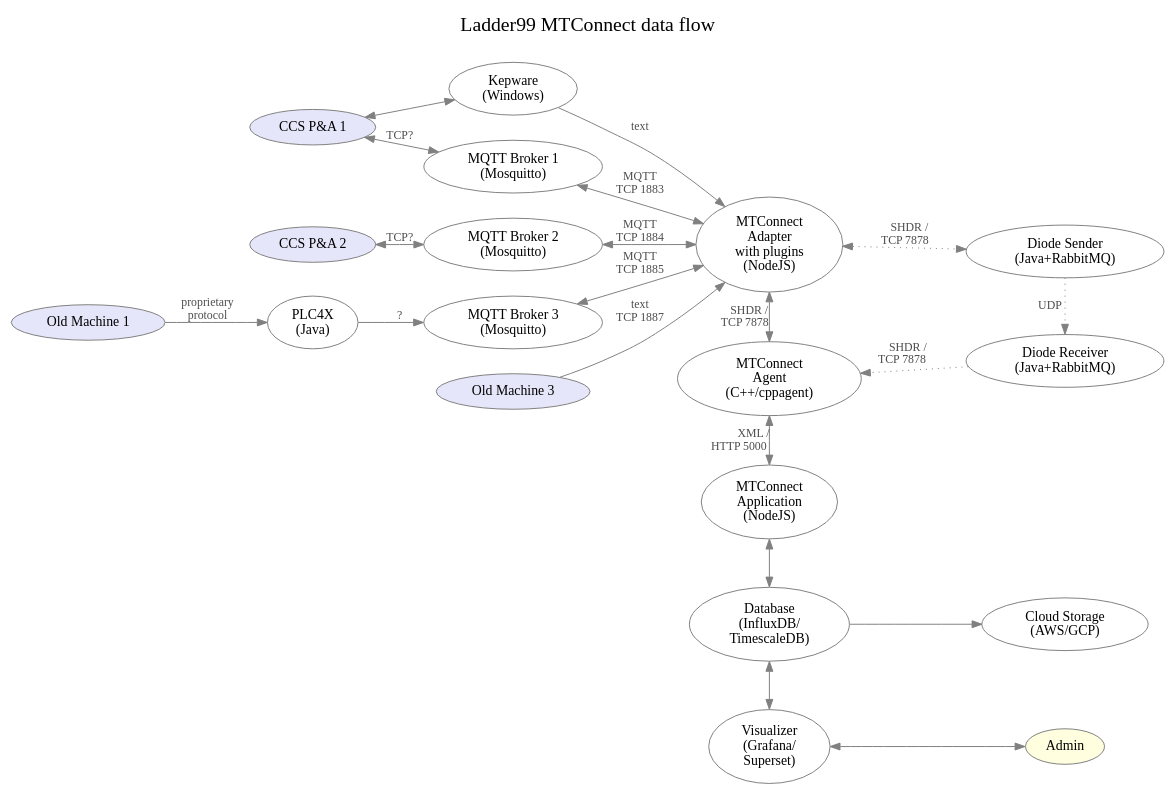
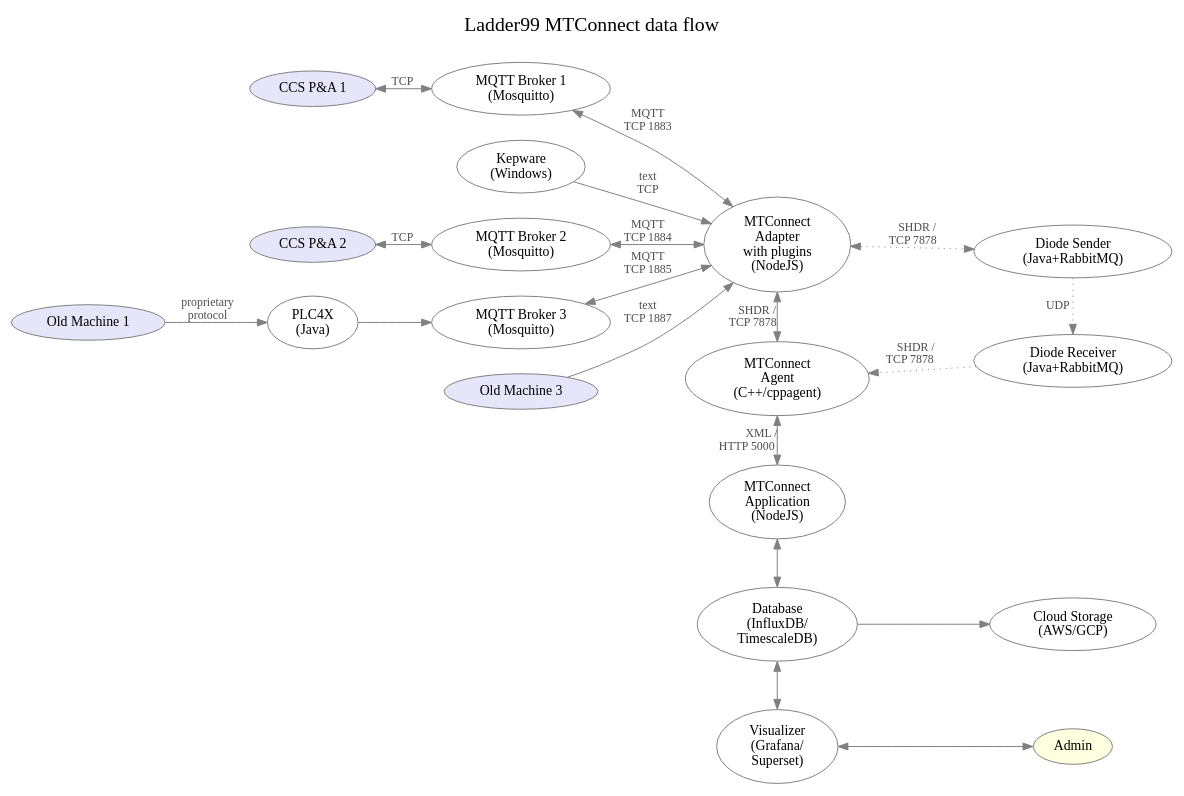
One commit to Ladder99/ladder99 changed the diagram in design/architecture.dot. Above: the diagram before and after it, drawn with Graphviz. The commit also changed 1 other file, not shown here.

```diff
--- a/design/architecture.dot
+++ b/design/architecture.dot
@@ -1,90 +1,90 @@
 digraph "ladder99-adapter" {
 
   // styles
   graph [ label="Ladder99 MTConnect data flow\n "; color=lightgray; ];
   graph [ fontsize=20 ];
   graph [ labelloc=t ];
   graph [ ranksep=0.2 ];
   graph [ nodesep=0.35 ];
   graph [ rankdir=LR; ] // left-to-right
   node [ color=gray; fillcolor=white; style=filled ];
   edge [ color=gray ];
   edge [ fontsize=12; fontcolor=gray30; ];
 
   // nodes
   PA1 [ fillcolor=lavender; label="CCS P&A 1" ];
   PA2 [ fillcolor=lavender; label="CCS P&A 2" ];
   OldMachine [ fillcolor=lavender; label="Old Machine 1" ];
   PLC4X [ label="PLC4X\n(Java)" ];
   // OldMachine2 [ fillcolor=lavender; label="Old Machine 2" ];
   Kepware [ label="Kepware\n(Windows)"];
   Broker1 [ label="MQTT Broker 1\n(Mosquitto)" ];
   Broker2 [ label="MQTT Broker 2\n(Mosquitto)" ];
   Broker3 [ label="MQTT Broker 3\n(Mosquitto)" ];
   // Broker4 [ label="MQTT Broker 4\n(Mosquitto)" ];
   OldMachine3 [ fillcolor=lavender; label="Old Machine 3" ];
   Adapter [ label="MTConnect\nAdapter\nwith plugins\n(NodeJS)" ];
   // Device1Sheet [ fillcolor=greenyellow; label="device1.sheet" ];
   // Device1Yaml [ fillcolor=greenyellow; label="device1.yaml" ];
   // Device1Js [ label="device1.js" ];
   // Device2Sheet [ fillcolor=greenyellow; label="device2.sheet" ];
   // Device2Yaml [ fillcolor=greenyellow; label="device2.yaml" ];
   // Device2Js [ label="device2.js" ];
   DiodeSender [ label="Diode Sender\n(Java+RabbitMQ)" ];
   DiodeReceiver [ label="Diode Receiver\n(Java+RabbitMQ)" ];
   // DevicesXml [ label="devices.xml" ];
   Agent [ label="MTConnect\nAgent\n(C++/cppagent)" ];
   Application [ label="MTConnect\nApplication\n(NodeJS)" ];
   Database [ label="Database\n(InfluxDB/\nTimescaleDB)" ];
   Visualizer [ label="Visualizer\n(Grafana/\nSuperset)" ];
   Cloud [ label="Cloud Storage\n(AWS/GCP)" ];
   Admin [ fillcolor=lightyellow ];
   // LOI [ label="LOI\n(SvelteJS)" ];
   // Operator [ fillcolor=lightyellow ];
 
   // edges
-  PA1 -> Broker1 [ label="TCP?", dir=both ];
-  PA1 -> Kepware [ label="", dir=both ];
-  PA2 -> Broker2 [ label="TCP?", dir=both ];
+  PA1 -> Broker1 [ label="  TCP  ", dir=both ];
+  // PA1 -> Kepware [ label="", dir=both ];
+  PA2 -> Broker2 [ label="  TCP  ", dir=both ];
   OldMachine -> PLC4X [ label="proprietary\nprotocol" ];
-  PLC4X -> Broker3 [ label="?" ];
+  PLC4X -> Broker3 [ label="" ];
   // OldMachine2 -> Kepware [ label="proprietary\nprotocol" ];
   // Kepware -> Broker4 [ label="TCP" ];
-  Kepware -> Adapter [ label="text" ];
+  Kepware -> Adapter [ label="text\nTCP" ];
   OldMachine3 -> Adapter [ label="text\nTCP 1887" ];
   Broker1 -> Adapter [ label="MQTT\nTCP 1883", dir=both ];
   Broker2 -> Adapter [ label="MQTT\nTCP 1884", dir=both ];
   Broker3 -> Adapter [ label="MQTT\nTCP 1885", dir=both ];
   // Broker4 -> Adapter [ label="MQTT\nTCP 1886", dir=both ];
   
   Adapter -> Agent [ label="SHDR /   \nTCP 7878      ", dir=both ];
 
   Adapter -> DiodeSender [ label="SHDR /   \nTCP 7878      ", dir=both, style=dotted ];
   DiodeSender -> DiodeReceiver [ label="UDP    ", style=dotted ];
   DiodeReceiver -> Agent [ label="SHDR /    \nTCP 7878        ", style=dotted ];
   
   // Device1Sheet -> Device1Yaml [ label="feeds into" ];
   // Device1Yaml -> Device1Js [ label="generates" ];
   // Device1Js -> Proxy1 [ label="used by" ];
   // Device2Sheet -> Device2Yaml [ label="feeds into" ];
   // Device2Yaml -> Device2Js [ label="generates" ];
   // Device2Js -> Proxy2 [ label="used by" ];
   // Device1Yaml -> DevicesXml [ label="generates" ];
   // Device2Yaml -> DevicesXml [ label="generates" ];
   // DiodeSender -> DiodeReceiver [ label="UDP    " ];
   // DiodeReceiver -> Agent [ label="SHDR /    \nTCP 7878        " ];
   // Adapter -> Agent [ label="SHDR/\nTCP 7878" ];
   // DevicesXml -> Agent [ label="used by" ];
   Agent -> Application [ dir=both; label="XML / \nHTTP 5000          " ];
   Application -> Database [ dir=both ];
   Database -> Visualizer [ dir=both ];
   Database -> Cloud;
   Visualizer -> Admin [ dir=both ];
   // Application -> LOI;
   // LOI -> Operator;
 
   // rank
   // { rank=same; DiodeSender DiodeReceiver Agent Application Database Visualizer };
   { rank=same; Adapter Agent Application Database Visualizer };
   { rank=same; DiodeSender DiodeReceiver Cloud Admin };
 }
```
